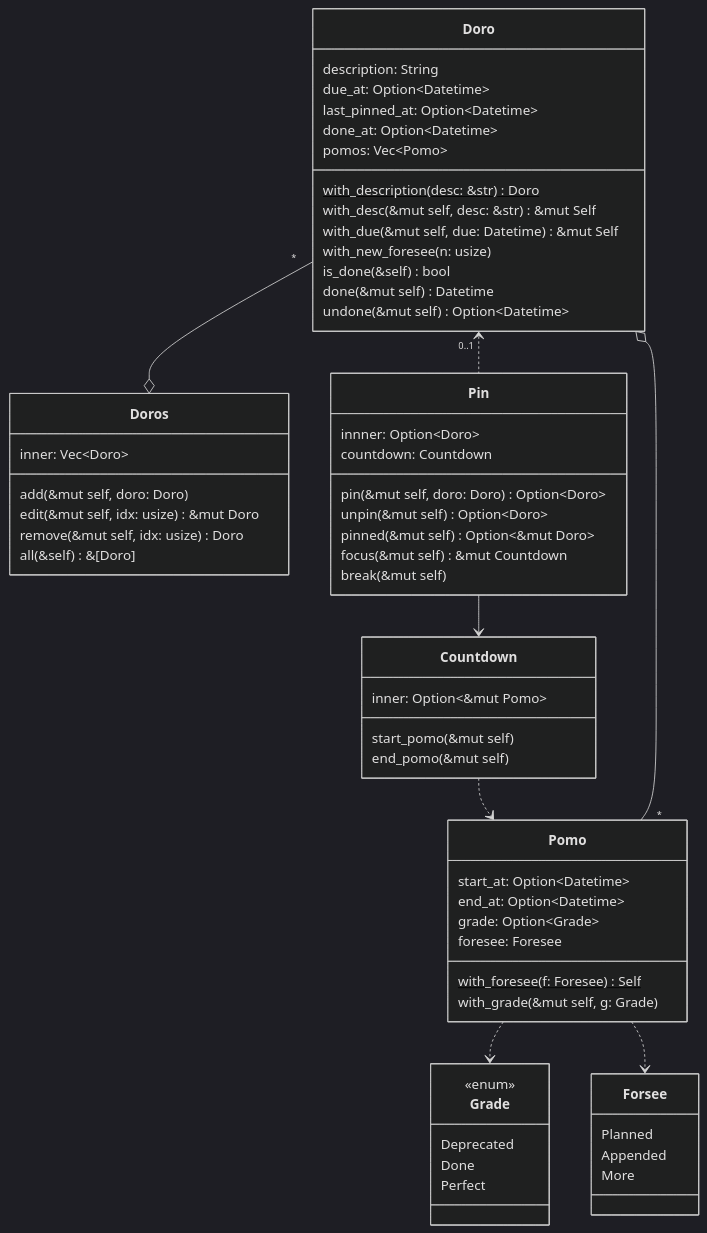
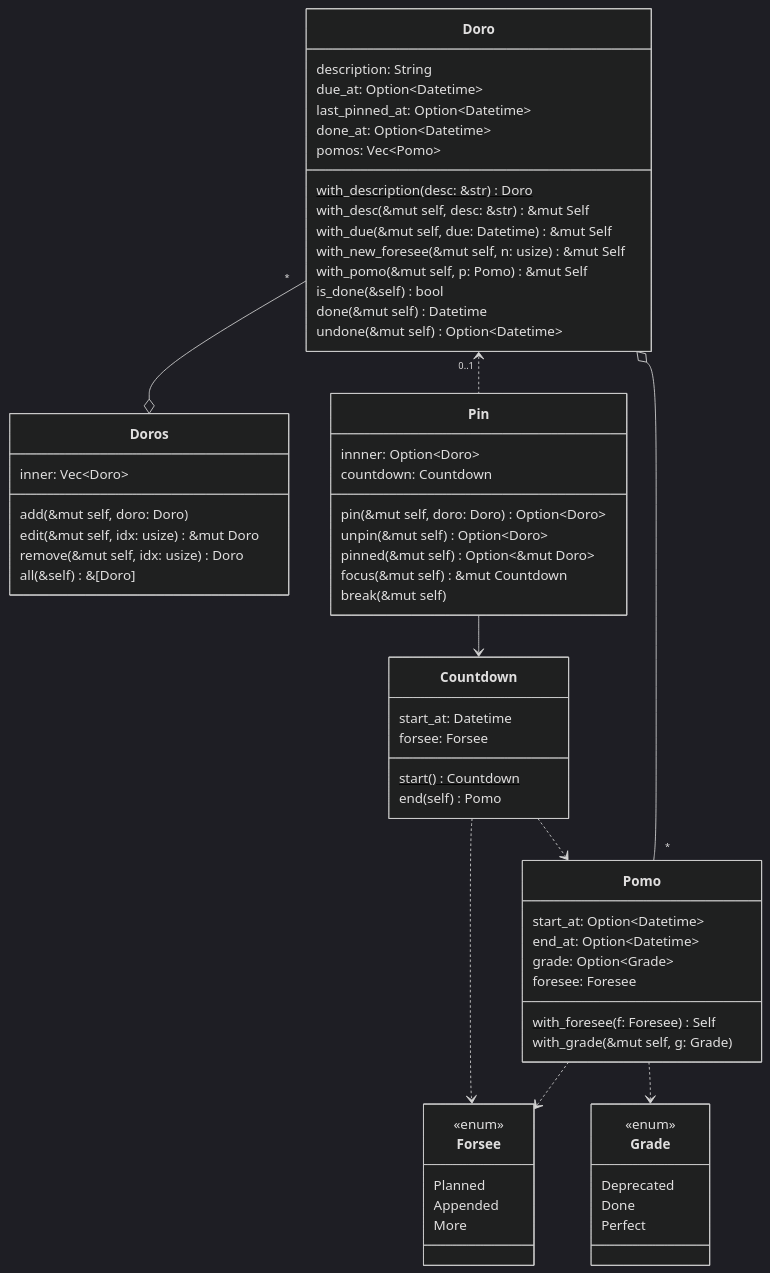
The third of 4 diagrams in src/pomo_doro/pomo.md (huangjj27/huangjj27.github.io), drawn with Mermaid (dark theme) before and after one commit. The commit also changed other lines of this file, not shown here.

Commit message:
sprint-0.0.2(pomo): 重新分析并修正 Countdown 功能

````diff
--- a/src/pomo_doro/pomo.md
+++ b/src/pomo_doro/pomo.md
@@ -50,71 +51,75 @@
 ```mermaid
 classDiagram
     Doro "*" --o Doros
     Doro "0..1" <.. Pin
+    Countdown ..> Forsee
     Pomo ..> Grade
     Pomo ..> Forsee
     Countdown ..> Pomo
     Pomo "*" --o Doro
     Pin --> Countdown
 
     class Doro {
         description: String
         due_at: Option~Datetime~
         last_pinned_at: Option~Datetime~
         done_at: Option~Datetime~
         pomos: Vec~Pomo~
         with_description(desc: &str) Doro$
         with_desc(&mut self, desc: &str) &mut Self
         with_due(&mut self, due: Datetime) &mut Self
-        with_new_foresee(n: usize)
+        with_new_foresee(&mut self, n: usize) &mut Self
+        with_pomo(&mut self, p: Pomo) &mut Self
         is_done(&self) bool
         done(&mut self) Datetime
         undone(&mut self) Option~Datetime~
     }
 
     class Doros {
         inner: Vec~Doro~
         add(&mut self, doro: Doro)
         edit(&mut self, idx: usize) &mut Doro
         remove(&mut self, idx: usize) Doro
         all(&self) &[Doro]
     }
 
     class Pin {
         innner: Option~Doro~
         countdown: Countdown
         pin(&mut self, doro: Doro) Option~Doro~
         unpin(&mut self) Option~Doro~
         pinned(&mut self) Option~&mut Doro~
         focus(&mut self) &mut Countdown
         break(&mut self)
     }
 
     class Pomo {
         start_at: Option~Datetime~
         end_at: Option~Datetime~
         grade: Option~Grade~
         foresee: Foresee
         with_foresee(f: Foresee) Self$
         with_grade(&mut self, g: Grade)
     }
 
     class Grade {
         <<enum>>
         Deprecated
         Done
         Perfect
     }
 
     class Forsee {
+        <<enum>>
         Planned
         Appended
         More
     }
 
     class Countdown {
-        inner: Option~&mut Pomo~
-        start_pomo(&mut self)
-        end_pomo(&mut self)
+        start_at: Datetime
+        forsee: Forsee
+        start() Countdown$
+        end(self) Pomo
     }
 ```
````
